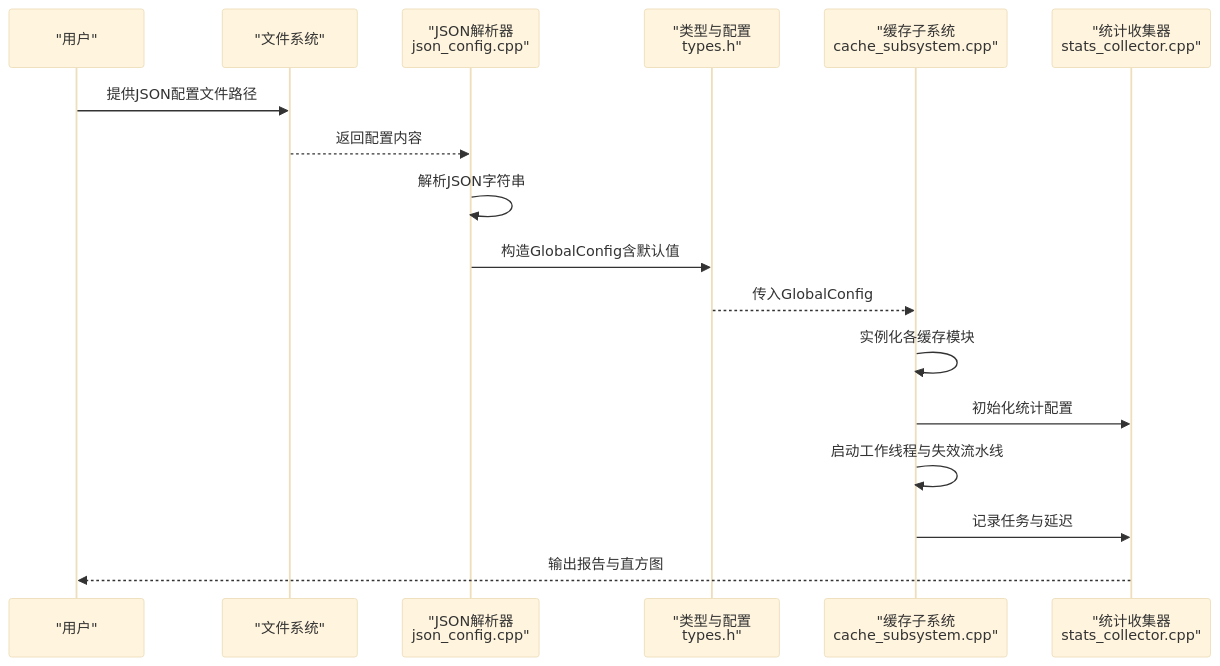
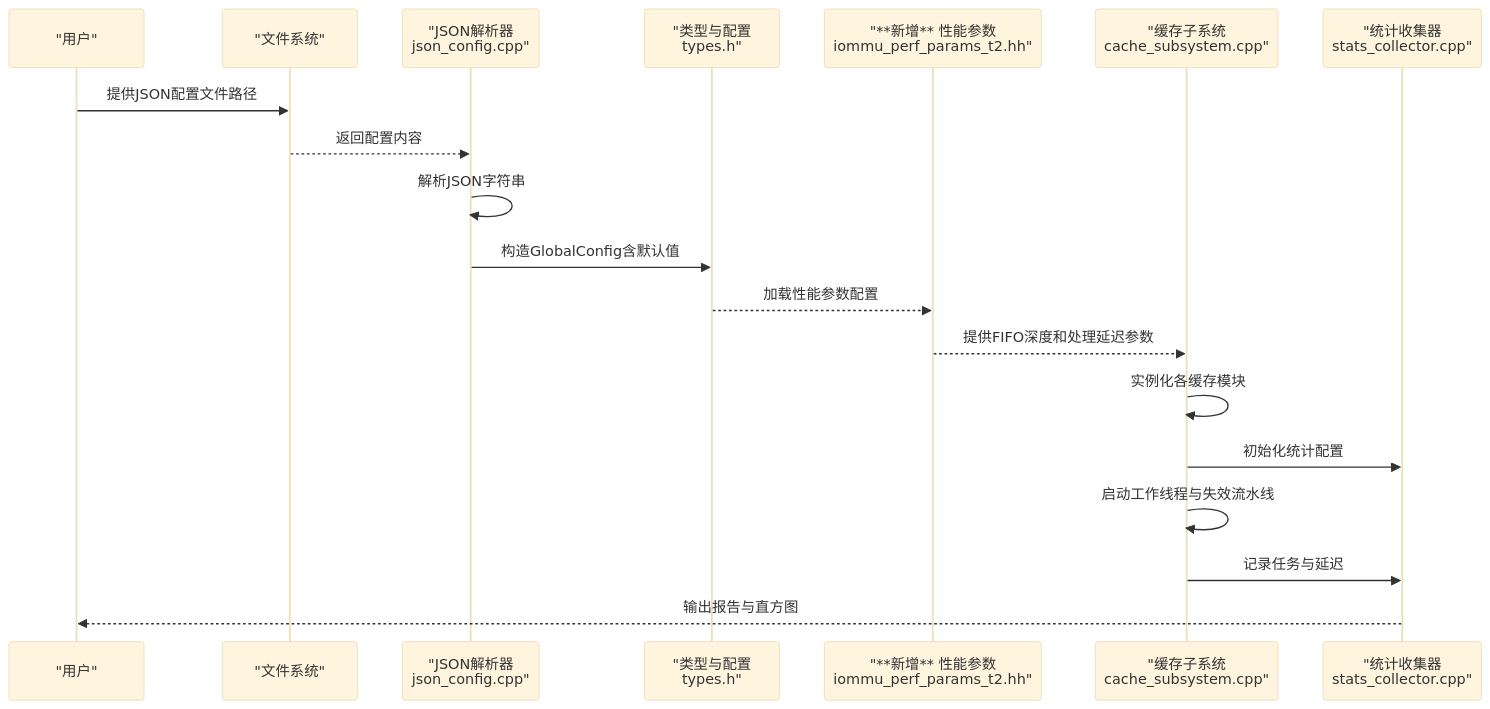
One commit to jiangjiang1122/iommu_model_20260401_v1 changed the second of 6 diagrams in .qoder/repowiki/zh/content/配置和参数管理.md. Above: the diagram before and after it, drawn with Mermaid (base theme). The commit also changed other lines of this file and 72 other files, not shown here.

````diff
--- a/.qoder/repowiki/zh/content/配置和参数管理.md
+++ b/.qoder/repowiki/zh/content/配置和参数管理.md
@@ -121,19 +157,21 @@
 ```mermaid
 sequenceDiagram
 participant User as "用户"
 participant FS as "文件系统"
 participant Parser as "JSON解析器<br/>json_config.cpp"
 participant Types as "类型与配置<br/>types.h"
+participant PerfParams as "**新增** 性能参数<br/>iommu_perf_params_t2.hh"
 participant Subsys as "缓存子系统<br/>cache_subsystem.cpp"
 participant Stats as "统计收集器<br/>stats_collector.cpp"
 User->>FS : 提供JSON配置文件路径
 FS-->>Parser : 返回配置内容
 Parser->>Parser : 解析JSON字符串
 Parser->>Types : 构造GlobalConfig含默认值
-Types-->>Subsys : 传入GlobalConfig
+Types-->>PerfParams : 加载性能参数配置
+PerfParams-->>Subsys : 提供FIFO深度和处理延迟参数
 Subsys->>Subsys : 实例化各缓存模块
 Subsys->>Stats : 初始化统计配置
 Subsys->>Subsys : 启动工作线程与失效流水线
 Subsys->>Stats : 记录任务与延迟
 Stats-->>User : 输出报告与直方图
 ```
````
